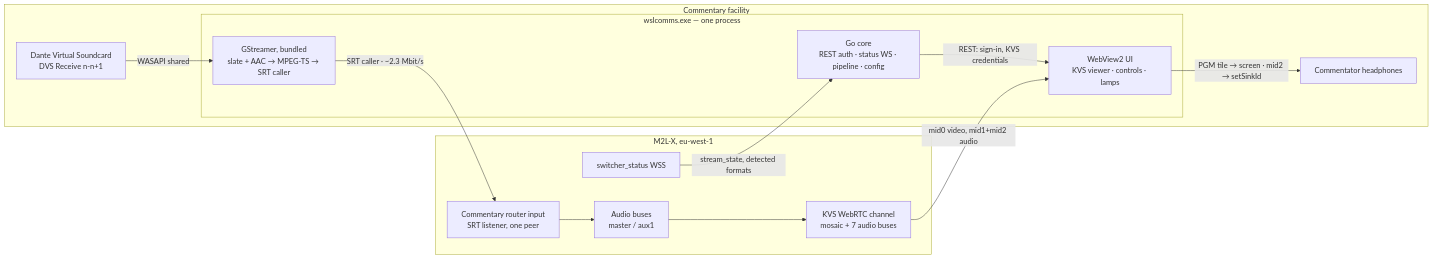
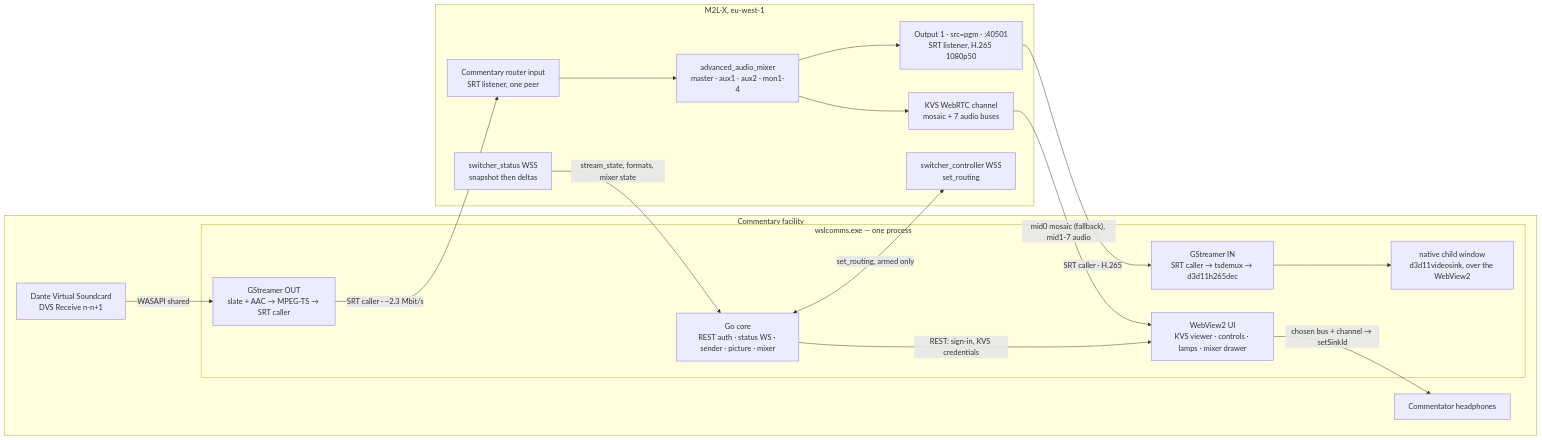
The diagram in docs/windows-app-spec.md (Xeue/WSL-Commentary), drawn with Mermaid before and after one commit. The commit also changed other lines of this file and 28 other files, not shown here.

````diff
--- a/docs/windows-app-spec.md
+++ b/docs/windows-app-spec.md
@@ -51,26 +113,34 @@
 ```mermaid
 flowchart LR
   subgraph FAC["Commentary facility"]
     DVS["Dante Virtual Soundcard<br/>DVS Receive n-n+1"]
     subgraph APP["wslcomms.exe — one process"]
-      GO["Go core<br/>REST auth · status WS · pipeline · config"]
-      GST["GStreamer, bundled<br/>slate + AAC → MPEG-TS → SRT caller"]
-      WV["WebView2 UI<br/>KVS viewer · controls · lamps"]
+      GO["Go core<br/>REST auth · status WS · sender · picture · mixer"]
+      GSTO["GStreamer OUT<br/>slate + AAC → MPEG-TS → SRT caller"]
+      GSTI["GStreamer IN<br/>SRT caller → tsdemux → d3d11h265dec"]
+      WV["WebView2 UI<br/>KVS viewer · controls · lamps · mixer drawer"]
+      OVL["native child window<br/>d3d11videosink, over the WebView2"]
     end
     HP["Commentator headphones"]
   end
   subgraph CLOUD["M2L-X, eu-west-1"]
     RIN["Commentary router input<br/>SRT listener, one peer"]
-    BUS["Audio buses<br/>master / aux1"]
-    WSS["switcher_status WSS"]
+    OUT1["Output 1 · src=pgm · :40501<br/>SRT listener, H.265 1080p50"]
+    BUS["advanced_audio_mixer<br/>master · aux1 · aux2 · mon1-4"]
+    WSS["switcher_status WSS<br/>snapshot then deltas"]
+    CTL["switcher_controller WSS<br/>set_routing"]
     KVS["KVS WebRTC channel<br/>mosaic + 7 audio buses"]
   end
-  DVS -->|WASAPI shared| GST
-  GST -->|"SRT caller · ~2.3 Mbit/s"| RIN
+  DVS -->|WASAPI shared| GSTO
+  GSTO -->|"SRT caller · ~2.3 Mbit/s"| RIN
   RIN --> BUS
+  BUS --> OUT1
   BUS --> KVS
-  WSS -->|"stream_state, detected formats"| GO
+  OUT1 -->|"SRT caller · H.265"| GSTI
+  GSTI --> OVL
+  WSS -->|"stream_state, formats, mixer state"| GO
+  GO <-->|"set_routing, armed only"| CTL
   GO -->|"REST: sign-in, KVS credentials"| WV
-  KVS -->|"mid0 video, mid1+mid2 audio"| WV
-  WV -->|"PGM tile → screen · mid2 → setSinkId"| HP
+  KVS -->|"mid0 mosaic (fallback), mid1-7 audio"| WV
+  WV -->|"chosen bus + channel → setSinkId"| HP
 ```
````
